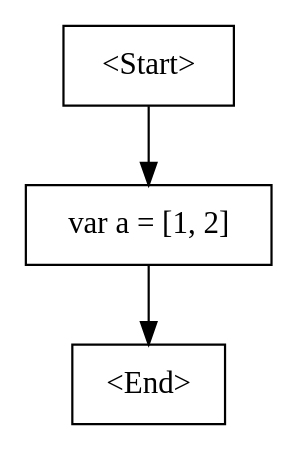
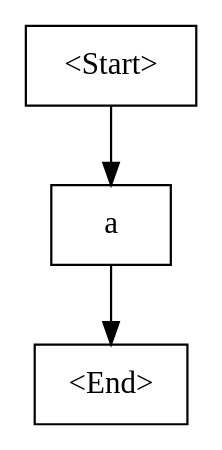
One commit to jayshiai/Cyclone changed the diagram in cfg.dot. Above: the diagram before and after it, drawn with Graphviz. The commit also changed 8 other files, not shown here.

```diff
--- a/cfg.dot
+++ b/cfg.dot
@@ -1,8 +1,8 @@
 digraph G {
     N0 [label = "<Start>" shape = box]
-    N1 [label = "var a = [1, 2]
+    N1 [label = "a
 " shape = box]
     N2 [label = "<End>" shape = box]
     N0 -> N1 [label = ""]
     N1 -> N2 [label = ""]
 }
```
